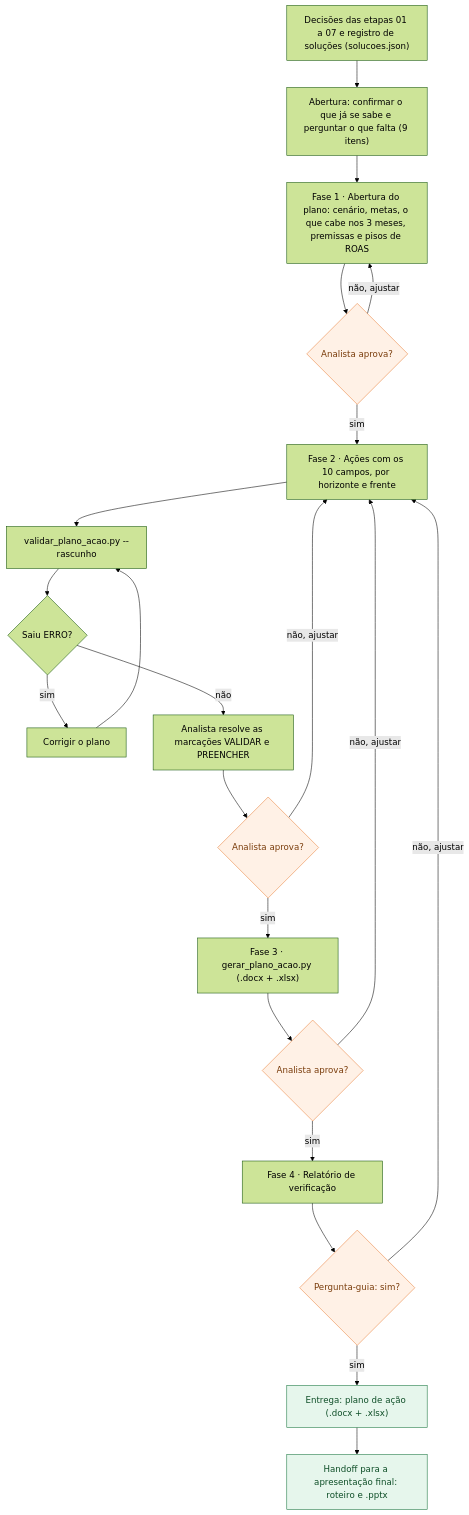
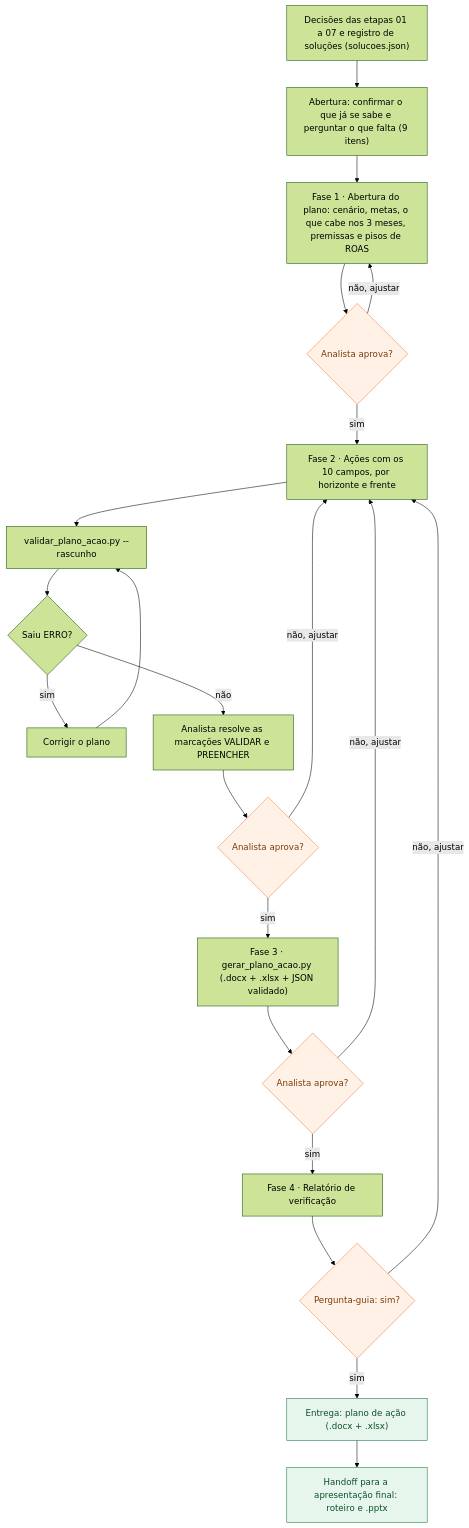
One commit to MatheusBoomer/growth-cycle-boomer changed the diagram in .claude/skills/08-plano-de-acao/fluxo.mmd. Above: the diagram before and after it, drawn with Mermaid (forest theme). The commit also changed 13 other files, not shown here.

```diff
--- a/.claude/skills/08-plano-de-acao/fluxo.mmd
+++ b/.claude/skills/08-plano-de-acao/fluxo.mmd
@@ -1,44 +1,44 @@
 flowchart TD
   I1["Decisões das etapas 01 a 07 e registro de soluções (solucoes.json)"]
   P1["Abertura: confirmar o que já se sabe e perguntar o que falta (9 itens)"]
   P2["Fase 1 · Abertura do plano: cenário, metas, o que cabe nos 3 meses, premissas e pisos de ROAS"]
   C1{"Analista aprova?"}
   P3["Fase 2 · Ações com os 10 campos, por horizonte e frente"]
   V1["validar_plano_acao.py --rascunho"]
   D1{"Saiu ERRO?"}
   P4["Corrigir o plano"]
   P7["Analista resolve as marcações VALIDAR e PREENCHER"]
   C2{"Analista aprova?"}
-  P5["Fase 3 · gerar_plano_acao.py (.docx + .xlsx)"]
+  P5["Fase 3 · gerar_plano_acao.py (.docx + .xlsx + JSON validado)"]
   C3{"Analista aprova?"}
   P6["Fase 4 · Relatório de verificação"]
   C4{"Pergunta-guia: sim?"}
   E1["Entrega: plano de ação (.docx + .xlsx)"]
   H1["Handoff para a apresentação final: roteiro e .pptx"]
 
   I1 --> P1
   P1 --> P2
   P2 --> C1
   C1 -->|"sim"| P3
   C1 -->|"não, ajustar"| P2
   P3 --> V1
   V1 --> D1
   D1 -->|"sim"| P4
   P4 --> V1
   D1 -->|"não"| P7
   P7 --> C2
   C2 -->|"sim"| P5
   C2 -->|"não, ajustar"| P3
   P5 --> C3
   C3 -->|"sim"| P6
   C3 -->|"não, ajustar"| P3
   P6 --> C4
   C4 -->|"sim"| E1
   C4 -->|"não, ajustar"| P3
   E1 --> H1
 
   class C1,C2,C3,C4 checkpoint
   class E1,H1 entrega
   classDef checkpoint fill:#fff1e6,stroke:#e8803a,color:#7a3d0c
   classDef subagente fill:#e8f0fd,stroke:#1f4fa8,color:#173a7a
   classDef entrega fill:#e6f6ec,stroke:#16743b,color:#0f4f28
```
